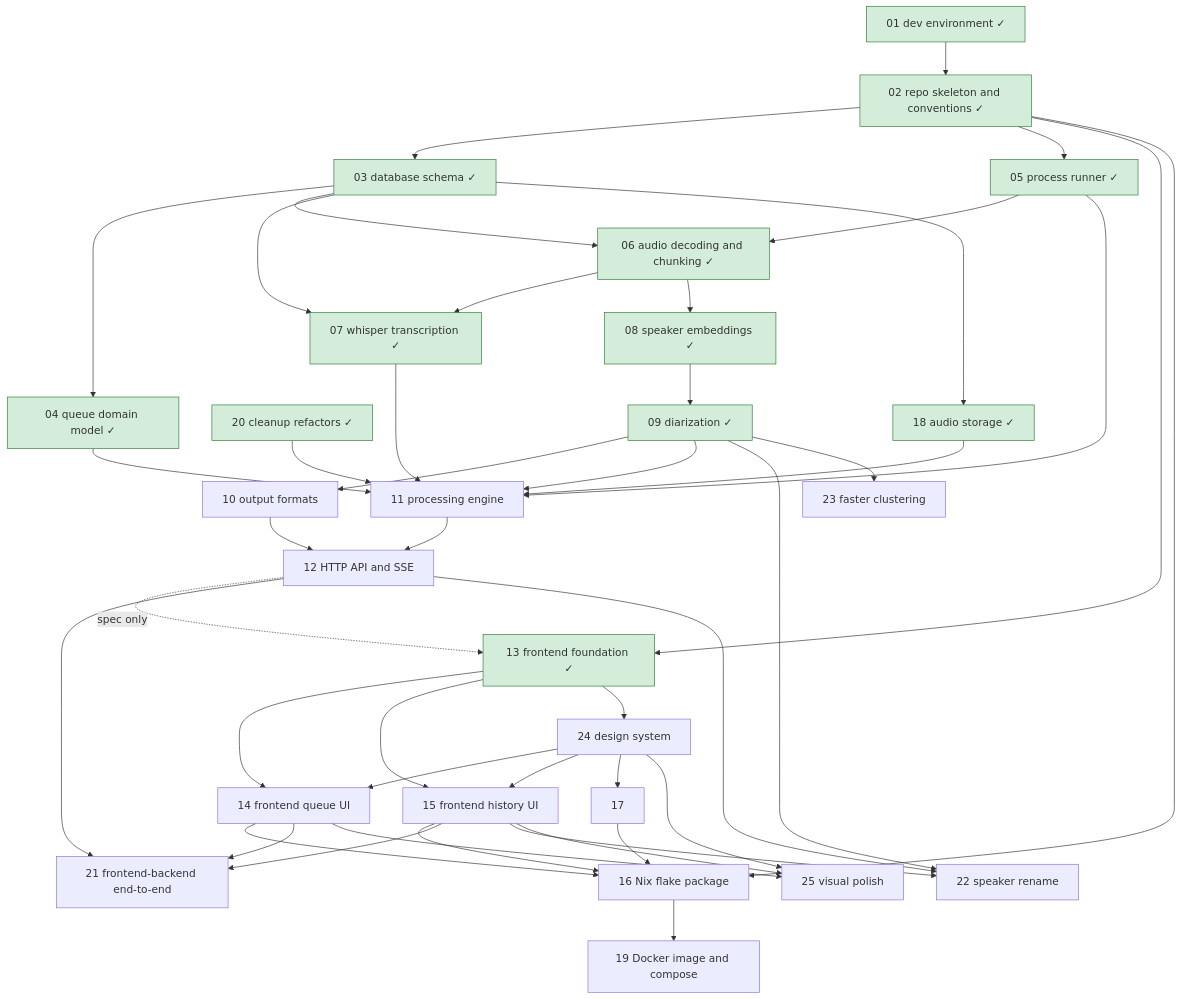
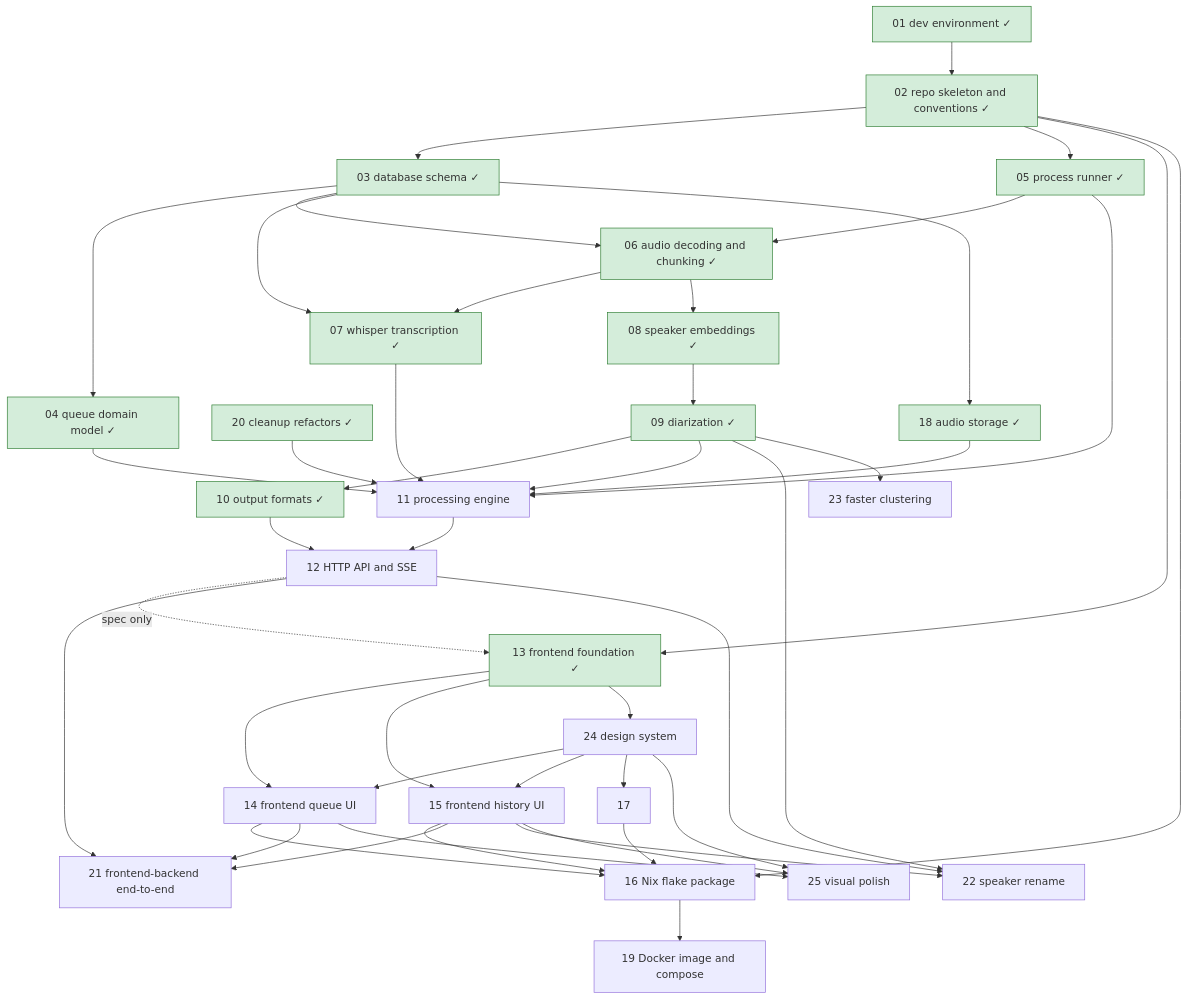
Before and after one commit to lulu-berlin/speech-to-text-app: the diagram in roadmap/README.md, drawn with Mermaid. The commit also changed other lines of this file and 2 other files, not shown here.

Commit message:
Complete roadmap item 10: move spec to docs/specs/output-formats.md

````diff
--- a/roadmap/README.md
+++ b/roadmap/README.md
@@ -17,48 +17,48 @@
 ```mermaid
 graph TD
   01[01 dev environment ✓]:::done --> 02[02 repo skeleton and conventions ✓]:::done
   02 --> 03[03 database schema ✓]:::done
   03 --> 04[04 queue domain model ✓]:::done
   02 --> 05[05 process runner ✓]:::done
   05 --> 06[06 audio decoding and chunking ✓]:::done
   03 --> 06
   06 --> 07[07 whisper transcription ✓]:::done
   03 --> 07
   06 --> 08[08 speaker embeddings ✓]:::done
   08 --> 09[09 diarization ✓]:::done
-  09 --> 10[10 output formats]
+  09 --> 10[10 output formats ✓]:::done
   04 --> 11[11 processing engine]
   05 --> 11
   07 --> 11
   09 --> 11
   03 --> 18[18 audio storage ✓]:::done
   18 --> 11
   20 --> 11
   11 --> 12[12 HTTP API and SSE]
   10 --> 12
   02 --> 13[13 frontend foundation ✓]:::done
   12 -. spec only .-> 13
   13 --> 14[14 frontend queue UI]
   13 --> 15[15 frontend history UI]
   02 --> 16[16 Nix flake package]
   14 --> 16
   15 --> 16
   17 --> 16
   16 --> 19[19 Docker image and compose]
   20[20 cleanup refactors ✓]:::done
   12 --> 21[21 frontend-backend end-to-end]
   14 --> 21
   15 --> 21
   09 --> 22[22 speaker rename]
   12 --> 22
   15 --> 22
   09 --> 23[23 faster clustering]
   13 --> 24[24 design system]
   24 --> 14
   24 --> 15
   24 --> 17
   24 --> 25[25 visual polish]
   14 --> 25
   15 --> 25
   classDef done fill:#d4edda,stroke:#2e7d32
 ```
````
